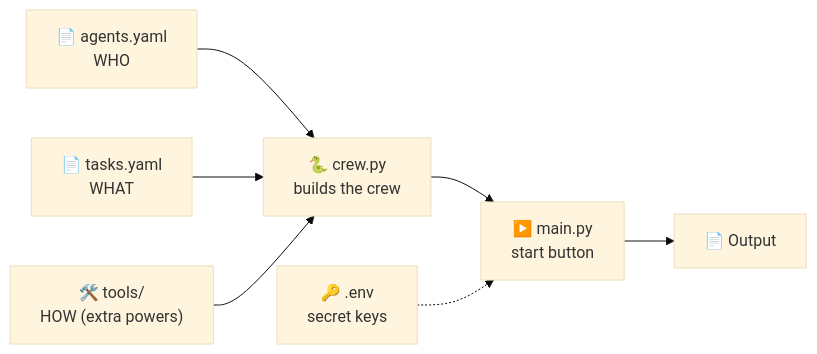
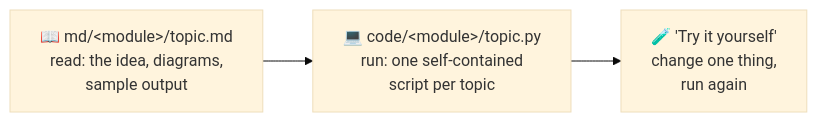
One commit to venkata-bcs/crew-ai-masterclass changed the first of 2 diagrams in README.md. Above: the diagram before and after it, drawn with Mermaid (base theme). The commit also changed other lines of this file and 73 other files, not shown here.

````diff
--- a/README.md
+++ b/README.md
@@ -209,9 +12,4 @@
 ```mermaid
 flowchart LR
-    AY["📄 agents.yaml<br/>WHO"] --> CP["🐍 crew.py<br/>builds the crew"]
-    TY["📄 tasks.yaml<br/>WHAT"] --> CP
-    CT["🛠️ tools/<br/>HOW (extra powers)"] --> CP
-    CP --> MP["▶️ main.py<br/>start button"]
-    ENV["🔑 .env<br/>secret keys"] -.-> MP
-    MP --> OUT["📄 Output"]
+    MD["📖 md/&lt;module&gt;/topic.md<br/>read: the idea, diagrams,<br/>sample output"] --> PY["💻 code/&lt;module&gt;/topic.py<br/>run: one self-contained<br/>script per topic"] --> TRY["🧪 'Try it yourself'<br/>change one thing,<br/>run again"]
 ```
````
